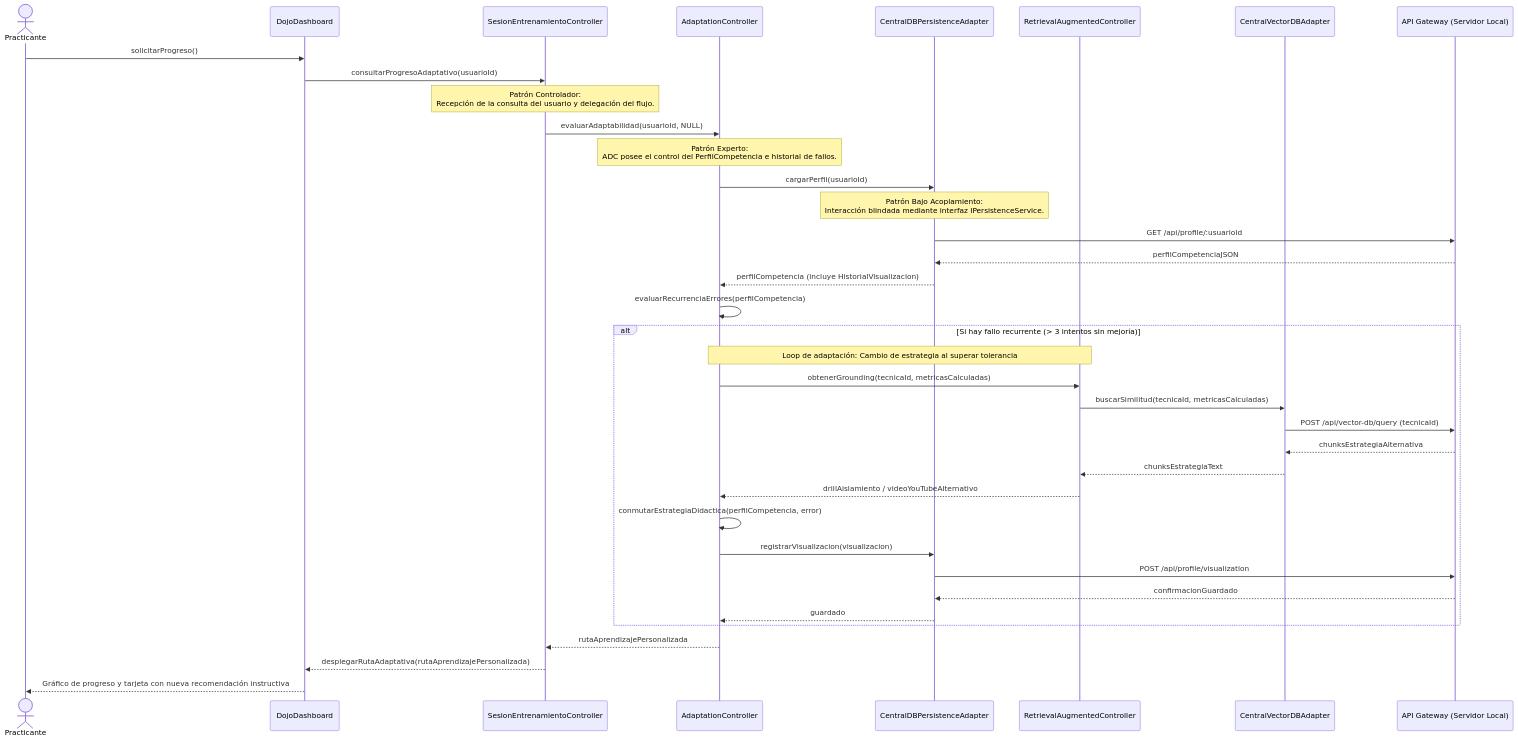
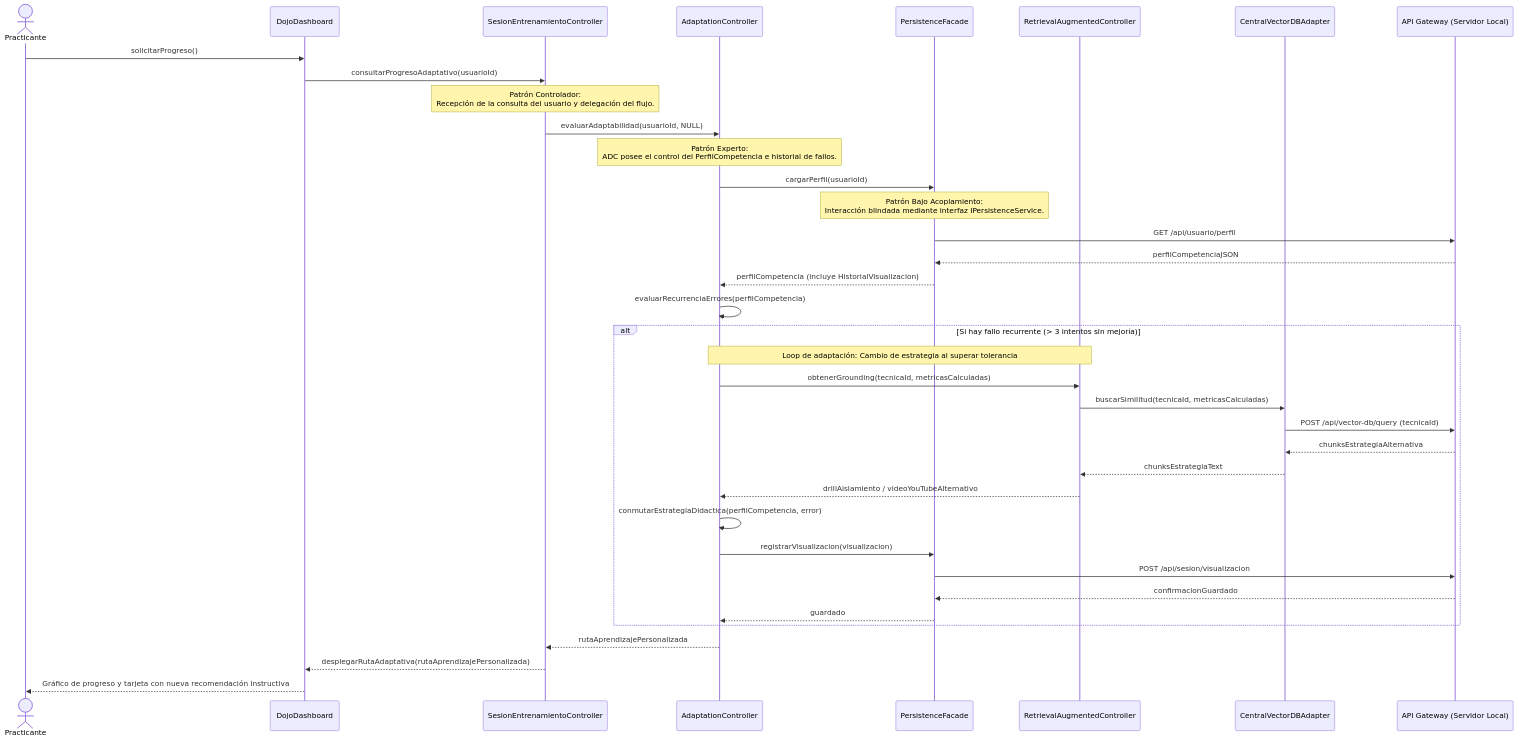
Diagram 13 of 17 in README.md (Tsmrain/Documentacion), drawn with Mermaid before and after one commit. The commit also changed other lines of this file, not shown here.

````diff
--- a/README.md
+++ b/README.md
@@ -1532,45 +1666,45 @@
 ```mermaid
 sequenceDiagram
     actor Practicante
     participant UI as DojoDashboard
     participant SEC as SesionEntrenamientoController
     participant ADC as AdaptationController
-    participant CPA as CentralDBPersistenceAdapter
+    participant CPA as PersistenceFacade
     participant RAC as RetrievalAugmentedController
     participant VDB as CentralVectorDBAdapter
     participant API as API Gateway (Servidor Local)
     
     Practicante->>UI: solicitarProgreso()
     UI->>SEC: consultarProgresoAdaptativo(usuarioId)
     Note over SEC: Patrón Controlador:<br/>Recepción de la consulta del usuario y delegación del flujo.
     SEC->>ADC: evaluarAdaptabilidad(usuarioId, NULL)
     
     Note over ADC: Patrón Experto:<br/>ADC posee el control del PerfilCompetencia e historial de fallos.
     ADC->>CPA: cargarPerfil(usuarioId)
     Note over CPA: Patrón Bajo Acoplamiento:<br/>Interacción blindada mediante interfaz IPersistenceService.
-    CPA->>API: GET /api/profile/:usuarioId
+    CPA->>API: GET /api/usuario/perfil
     API-->>CPA: perfilCompetenciaJSON
     CPA-->>ADC: perfilCompetencia (incluye HistorialVisualizacion)
     
     ADC->>ADC: evaluarRecurrenciaErrores(perfilCompetencia)
     
     alt Si hay fallo recurrente (> 3 intentos sin mejoría)
         Note over ADC,RAC: Loop de adaptación: Cambio de estrategia al superar tolerancia
         ADC->>RAC: obtenerGrounding(tecnicaId, metricasCalculadas)
         RAC->>VDB: buscarSimilitud(tecnicaId, metricasCalculadas)
         VDB->>API: POST /api/vector-db/query (tecnicaId)
         API-->>VDB: chunksEstrategiaAlternativa
         VDB-->>RAC: chunksEstrategiaText
         RAC-->>ADC: drillAislamiento / videoYouTubeAlternativo
         ADC->>ADC: conmutarEstrategiaDidactica(perfilCompetencia, error)
         
         ADC->>CPA: registrarVisualizacion(visualizacion)
-        CPA->>API: POST /api/profile/visualization
+        CPA->>API: POST /api/sesion/visualizacion
         API-->>CPA: confirmacionGuardado
         CPA-->>ADC: guardado
     end
     
     ADC-->>SEC: rutaAprendizajePersonalizada
     SEC-->>UI: desplegarRutaAdaptativa(rutaAprendizajePersonalizada)
     UI-->>Practicante: Gráfico de progreso y tarjeta con nueva recomendación instructiva
 ```
````
